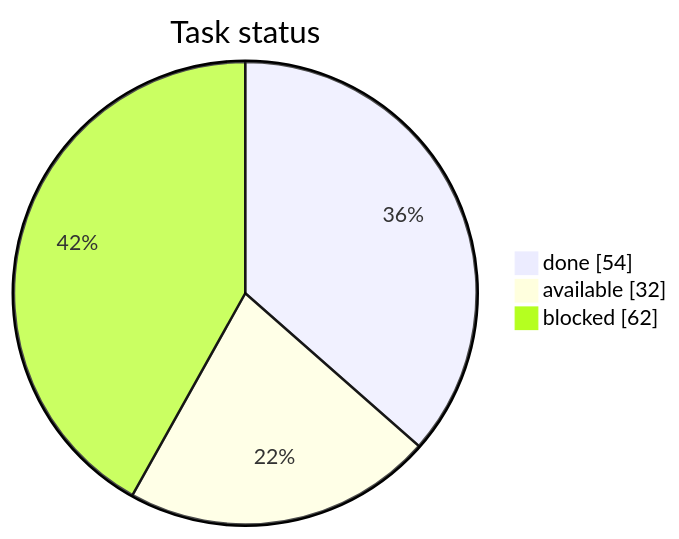
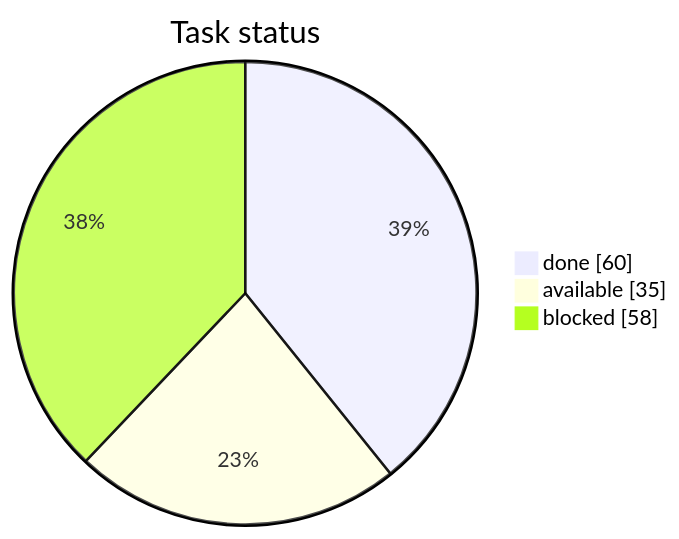
One commit to artemiiShabanov/RallyRivals changed the first of 3 diagrams in STATUS.md. Above: the diagram before and after it, drawn with Mermaid. The commit also changed other lines of this file and 26 other files, not shown here.

First line of the commit message:
Game skeleton: scene flow, saves, title/slots/settings

````diff
--- a/STATUS.md
+++ b/STATUS.md
@@ -7,7 +7,7 @@
 ```mermaid
 pie showData
     title Task status
-    "done" : 54
-    "available" : 32
-    "blocked" : 62
+    "done" : 60
+    "available" : 35
+    "blocked" : 58
 ```
````
